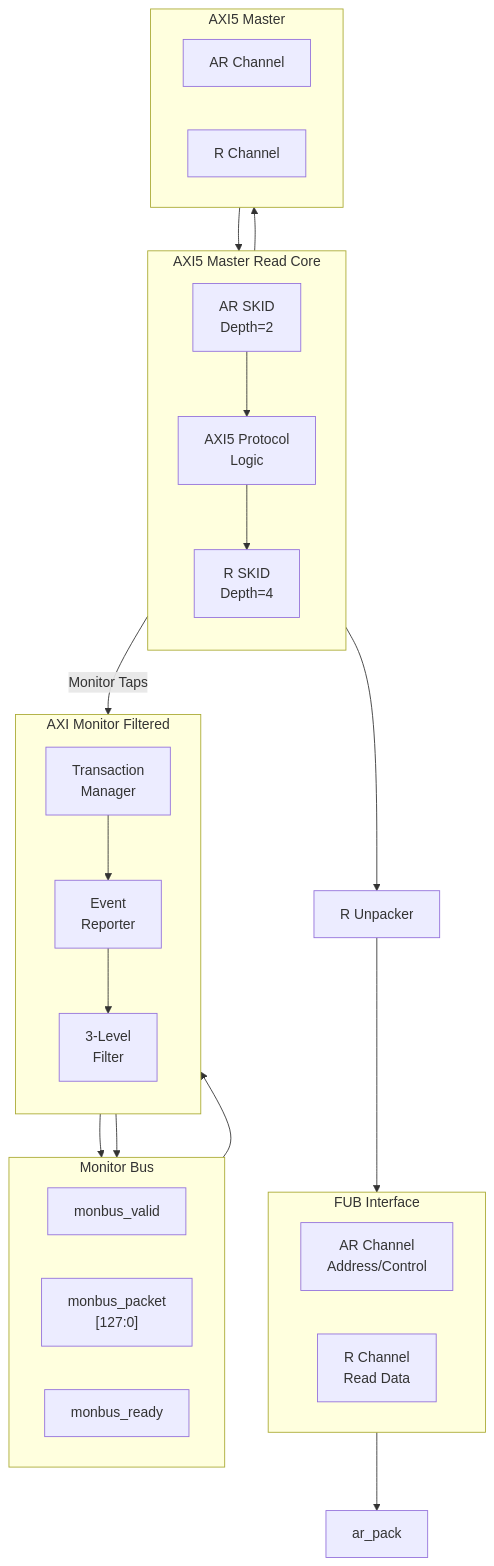
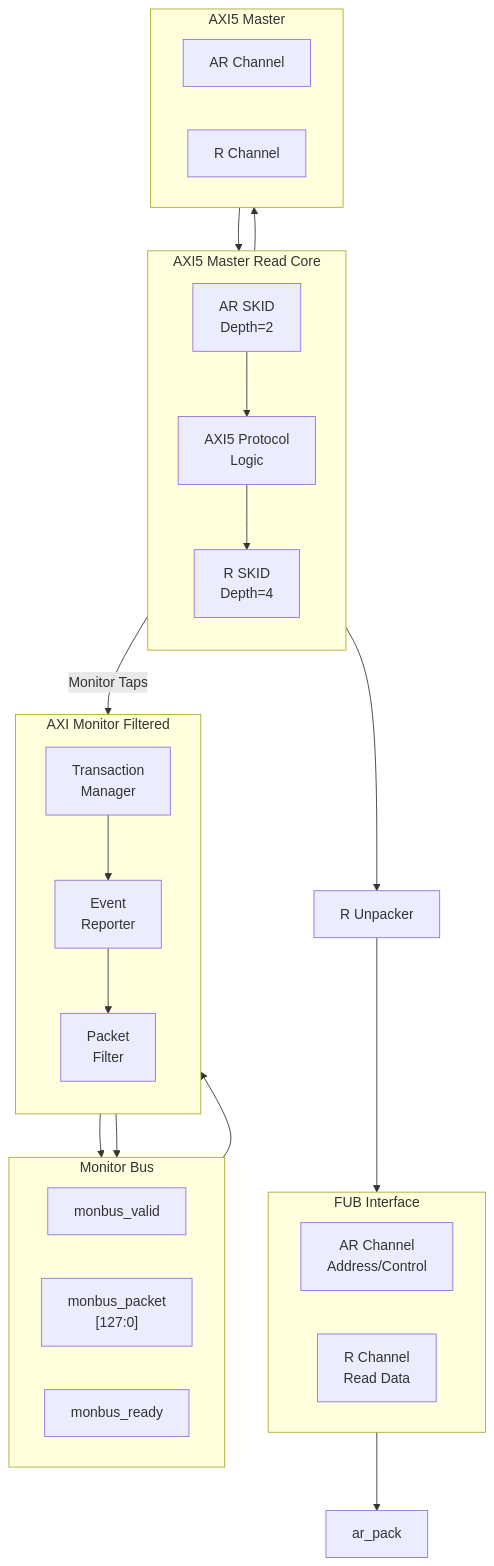
The diagram in docs/markdown/rtl-amba/axi5/axi5_master_rd_mon.md (sean-galloway/RTLDesignSherpa), drawn with Mermaid before and after one commit. The commit also changed other lines of this file and 8 other files, not shown here.

````diff
--- a/docs/markdown/rtl-amba/axi5/axi5_master_rd_mon.md
+++ b/docs/markdown/rtl-amba/axi5/axi5_master_rd_mon.md
@@ -220,53 +220,53 @@
 ```mermaid
 flowchart TB
     subgraph FUB["FUB Interface"]
         direction LR
         fub_ar["AR Channel<br/>Address/Control"]
         fub_r["R Channel<br/>Read Data"]
     end
 
     subgraph CORE["AXI5 Master Read Core"]
         direction TB
         ar_skid["AR SKID<br/>Depth=2"]
         r_skid["R SKID<br/>Depth=4"]
         axi5_logic["AXI5 Protocol<br/>Logic"]
         ar_skid --> axi5_logic
         axi5_logic --> r_skid
     end
 
     subgraph MONITOR["AXI Monitor Filtered"]
         direction TB
         trans_mgr["Transaction<br/>Manager"]
         reporter["Event<br/>Reporter"]
-        filter["3-Level<br/>Filter"]
+        filter["Packet<br/>Filter"]
 
         trans_mgr --> reporter
         reporter --> filter
     end
 
     subgraph MONBUS["Monitor Bus"]
         direction LR
         pkt_valid["monbus_valid"]
         pkt_data["monbus_packet<br/>[127:0]"]
         pkt_ready["monbus_ready"]
     end
 
     fub_ar --> ar_pack
     r_skid --> r_unpack["R Unpacker"]
     r_unpack --> fub_r
 
     axi5_logic -->|Monitor Taps| trans_mgr
 
     filter --> pkt_valid
     filter --> pkt_data
     pkt_ready --> filter
 
     subgraph AXI["AXI5 Master"]
         direction LR
         m_ar["AR Channel"]
         m_r["R Channel"]
     end
 
     axi5_logic --> m_ar
     m_r --> axi5_logic
 ```
````
